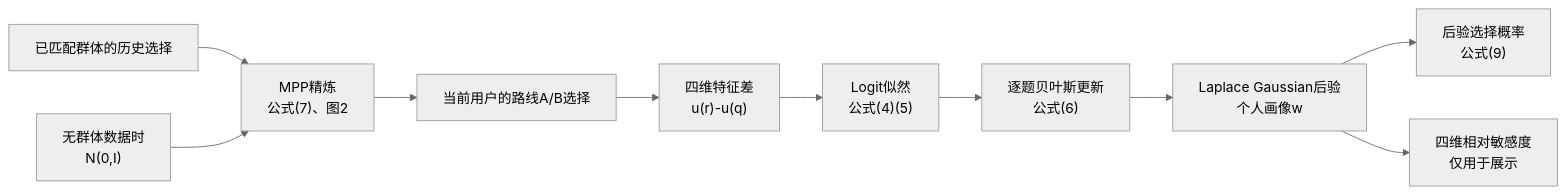
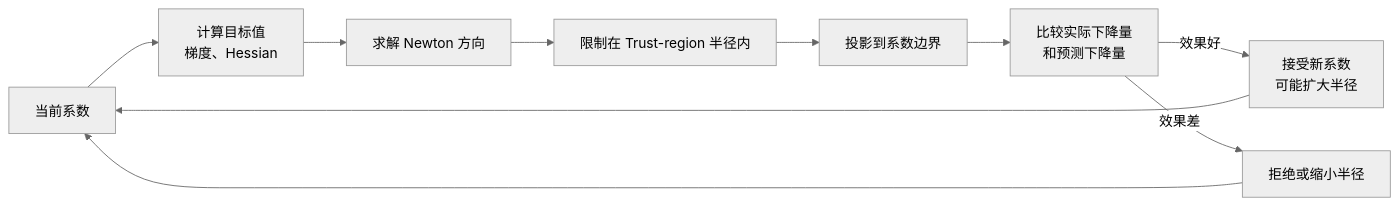
Before and after one commit to PureLearning-dev/personalized-route-recommendation-service: the diagram in src/profile/FAVOUR实现与模块交互说明.md, drawn with Mermaid (neutral theme). The commit also changed other lines of this file, not shown here.

````diff
--- a/src/profile/FAVOUR实现与模块交互说明.md
+++ b/src/profile/FAVOUR实现与模块交互说明.md
@@ -15,12 +136,12 @@
 ```mermaid
 flowchart LR
-    A["已匹配群体的历史选择"] --> B["MPP精炼<br/>公式(7)、图2"]
-    P["无群体数据时<br/>N(0,I)"] --> B
-    B --> C["当前用户的路线A/B选择"]
-    C --> D["四维特征差<br/>u(r)-u(q)"]
-    D --> E["Logit似然<br/>公式(4)(5)"]
-    E --> F["逐题贝叶斯更新<br/>公式(6)"]
-    F --> G["Laplace Gaussian后验<br/>个人画像w"]
-    G --> H["后验选择概率<br/>公式(9)"]
-    G --> I["四维相对敏感度<br/>仅用于展示"]
+    A["当前系数"] --> B["计算目标值<br/>梯度、Hessian"]
+    B --> C["求解 Newton 方向"]
+    C --> D["限制在 Trust-region 半径内"]
+    D --> E["投影到系数边界"]
+    E --> F["比较实际下降量<br/>和预测下降量"]
+    F -->|效果好| G["接受新系数<br/>可能扩大半径"]
+    F -->|效果差| H["拒绝或缩小半径"]
+    G --> A
+    H --> A
 ```
````
